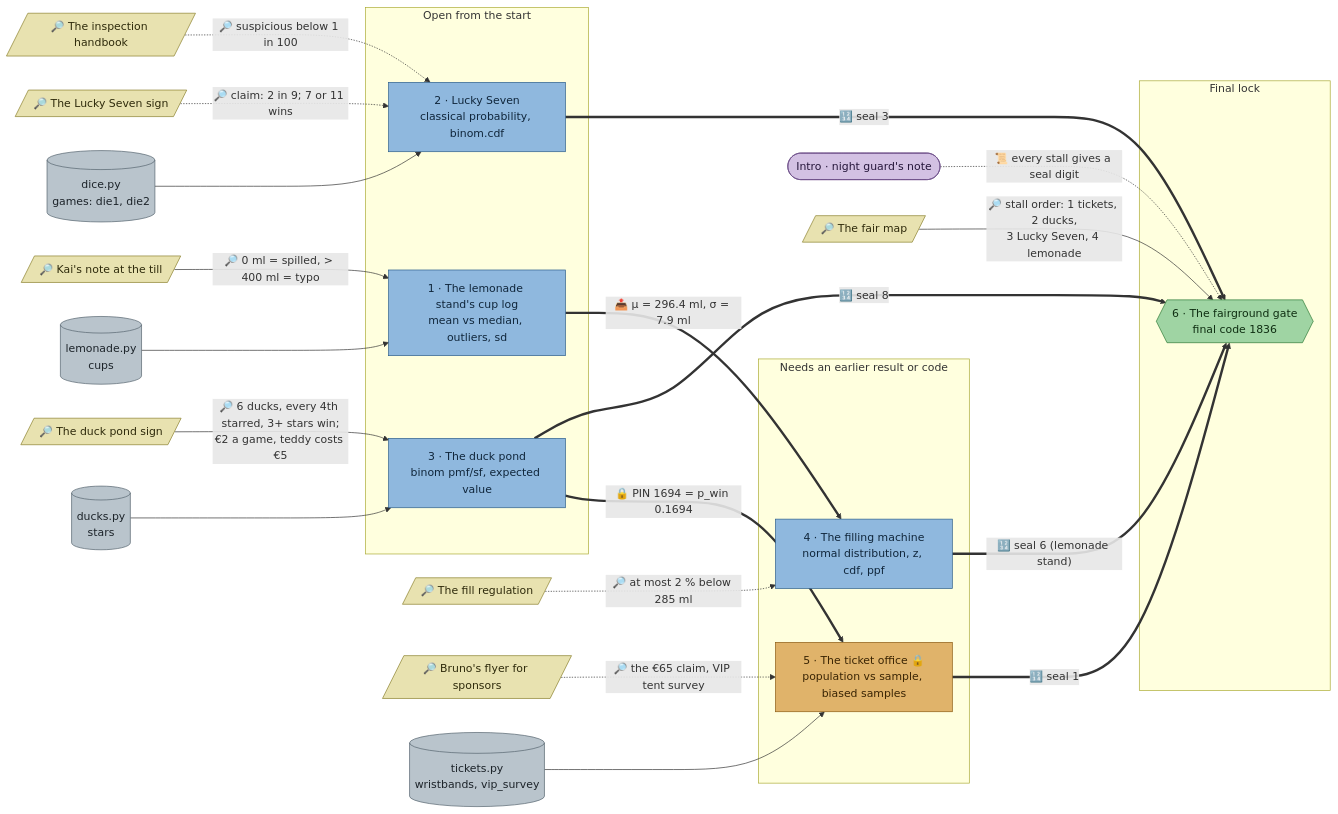
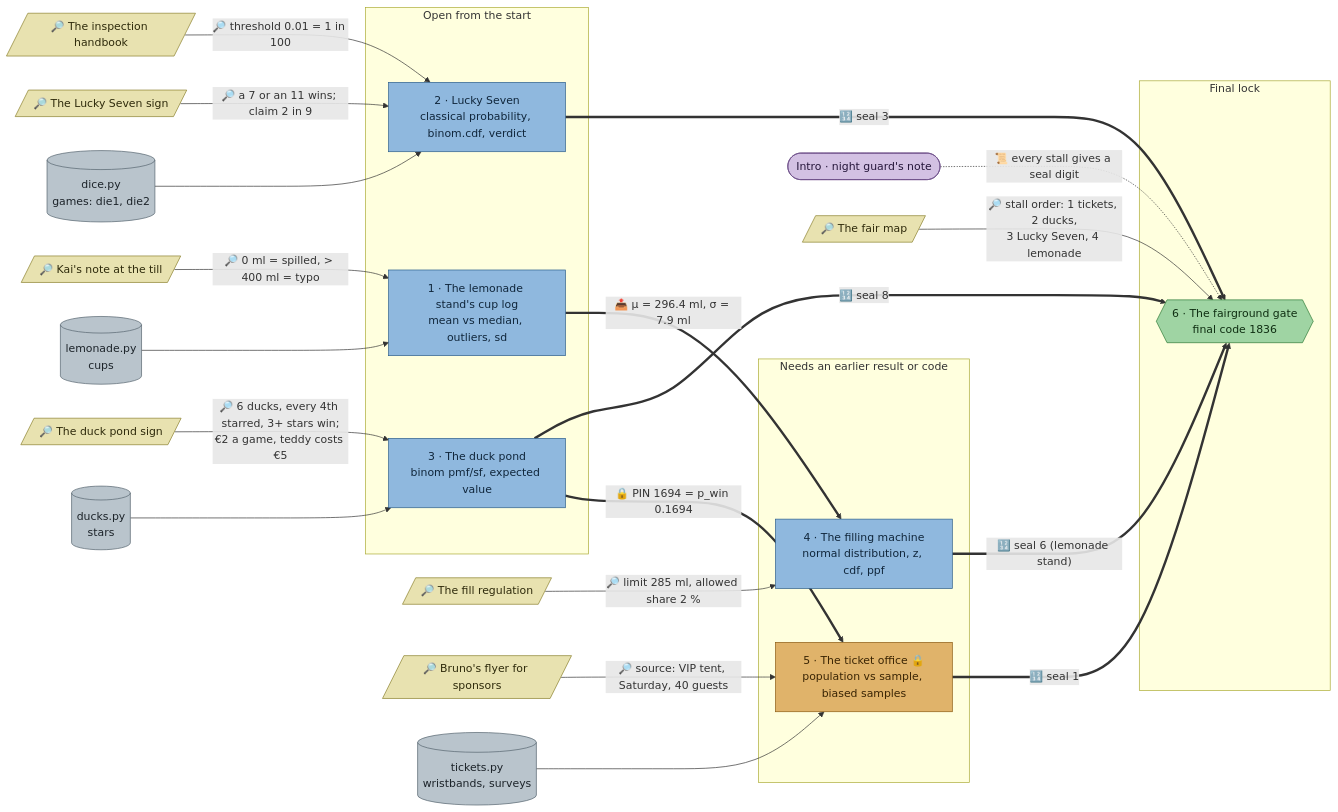
One commit to mhoffmann-wbs/DataScienceEscapeRooms changed the diagram in docs/flows/stats-fair.md. Above: the diagram before and after it, drawn with Mermaid. The commit also changed other lines of this file and 8 other files, not shown here.

Commit message:
The Rigged Fair: every clue is needed; Lucky Seven checks the handbook's verdict, the flyer picks one of four surveys

````diff
--- a/docs/flows/stats-fair.md
+++ b/docs/flows/stats-fair.md
@@ -5,67 +5,67 @@
 ```mermaid
 flowchart LR
   intro(["Intro · night guard's note"])
 
   cupnote[/"🔎 Kai's note at the till"/]
   dicesign[/"🔎 The Lucky Seven sign"/]
   handbook[/"🔎 The inspection handbook"/]
   ducksign[/"🔎 The duck pond sign"/]
   filllaw[/"🔎 The fill regulation"/]
   flyer[/"🔎 Bruno's flyer for sponsors"/]
   fairmap[/"🔎 The fair map"/]
 
   d_lemonade[("lemonade.py<br/>cups")]
   d_dice[("dice.py<br/>games: die1, die2")]
   d_ducks[("ducks.py<br/>stars")]
-  d_tickets[("tickets.py<br/>wristbands, vip_survey")]
+  d_tickets[("tickets.py<br/>wristbands, surveys")]
 
   subgraph p1["Open from the start"]
     lemonade["1 · The lemonade stand's cup log<br/>mean vs median, outliers, sd"]
-    dice["2 · Lucky Seven<br/>classical probability, binom.cdf"]
+    dice["2 · Lucky Seven<br/>classical probability, binom.cdf, verdict"]
     ducks["3 · The duck pond<br/>binom pmf/sf, expected value"]
   end
 
   subgraph p2["Needs an earlier result or code"]
     filler["4 · The filling machine<br/>normal distribution, z, cdf, ppf"]
     tickets["5 · The ticket office 🔒<br/>population vs sample, biased samples"]
   end
 
   subgraph p3["Final lock"]
     gate{{"6 · The fairground gate<br/>final code 1836"}}
   end
 
   d_lemonade --> lemonade
   d_dice --> dice
   d_ducks --> ducks
   d_tickets --> tickets
 
   cupnote -->|"🔎 0 ml = spilled, > 400 ml = typo"| lemonade
-  dicesign -.->|"🔎 claim: 2 in 9; 7 or 11 wins"| dice
-  handbook -.->|"🔎 suspicious below 1 in 100"| dice
+  dicesign -->|"🔎 a 7 or an 11 wins; claim 2 in 9"| dice
+  handbook -->|"🔎 threshold 0.01 = 1 in 100"| dice
   ducksign -->|"🔎 6 ducks, every 4th starred, 3+ stars win;<br/>€2 a game, teddy costs €5"| ducks
-  filllaw -.->|"🔎 at most 2 % below 285 ml"| filler
-  flyer -.->|"🔎 the €65 claim, VIP tent survey"| tickets
+  filllaw -->|"🔎 limit 285 ml, allowed share 2 %"| filler
+  flyer -->|"🔎 source: VIP tent, Saturday, 40 guests"| tickets
   fairmap -->|"🔎 stall order: 1 tickets, 2 ducks,<br/>3 Lucky Seven, 4 lemonade"| gate
   intro -.->|"📜 every stall gives a seal digit"| gate
 
   lemonade ==>|"📤 μ = 296.4 ml, σ = 7.9 ml"| filler
   ducks ==>|"🔒 PIN 1694 = p_win 0.1694"| tickets
 
   tickets ==>|"🔢 seal 1"| gate
   ducks ==>|"🔢 seal 8"| gate
   dice ==>|"🔢 seal 3"| gate
   filler ==>|"🔢 seal 6 (lemonade stand)"| gate
 
   classDef station fill:#8fb8de,stroke:#2b5d8a,color:#10263b
   classDef locked fill:#e0b36a,stroke:#8a5a12,color:#3a2504
   classDef clue fill:#e8e2b0,stroke:#8a7f2b,color:#2e2a0b
   classDef data fill:#b9c4cc,stroke:#55636e,color:#1c2329
   classDef final fill:#9fd4a3,stroke:#2f7a36,color:#0f2e12
   classDef intro fill:#d3c1e3,stroke:#6a4c86,color:#25163a
   class lemonade,dice,ducks,filler station
   class tickets locked
   class cupnote,dicesign,handbook,ducksign,filllaw,flyer,fairmap clue
   class d_lemonade,d_dice,d_ducks,d_tickets data
   class gate final
   class intro intro
 ```
````
